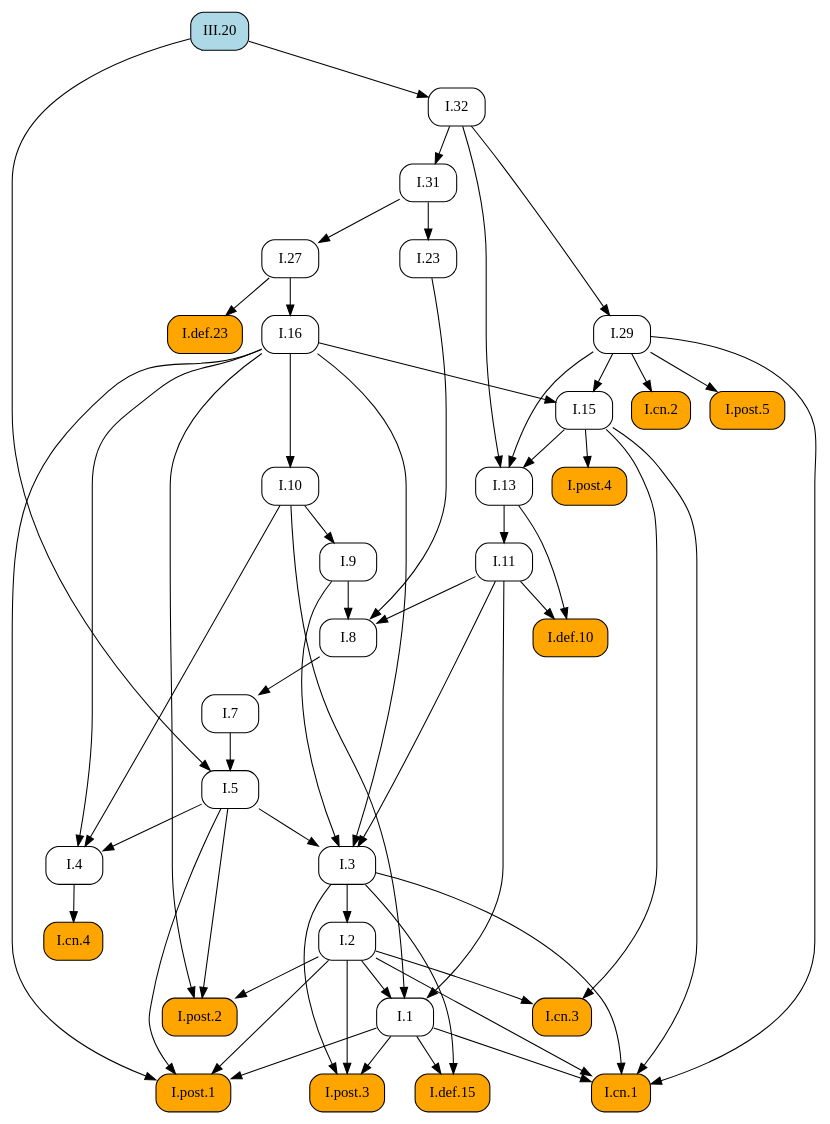
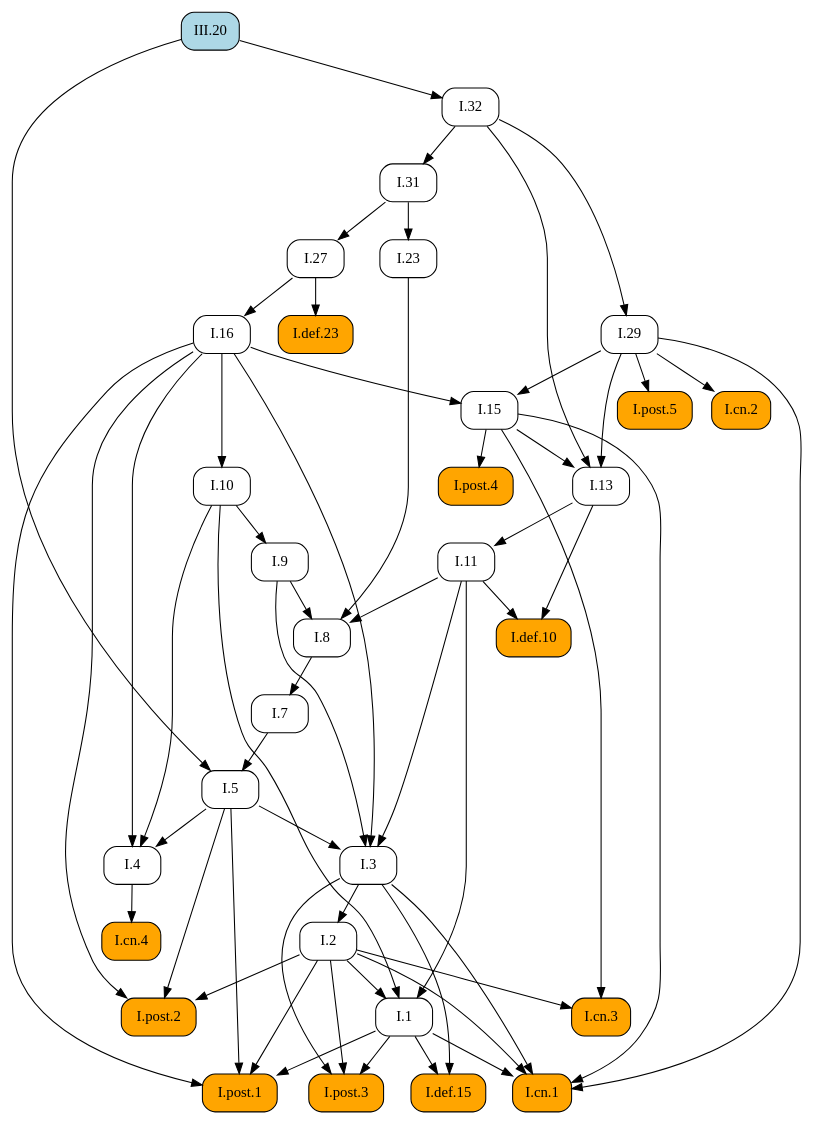
The diagram in docsrc/heath/III/20/index.rst (geometor/elements), drawn with Graphviz before and after one commit. The commit also changed other lines of this file and 1029 other files, not shown here.

```diff
--- a/docsrc/heath/III/20/index.rst
+++ b/docsrc/heath/III/20/index.rst
@@ -64,92 +64,92 @@
    digraph {
      rankdir="TB";
      node [shape=box, style=rounded];
+     "I.def.10" [style="rounded,filled", fillcolor=orange, URL="/heath/I/def.10/", target="_top"];
+     "I.11" [URL="/heath/I/11/", target="_top"];
+     "I.post.4" [style="rounded,filled", fillcolor=orange, URL="/heath/I/post.4/", target="_top"];
+     "I.1" [URL="/heath/I/1/", target="_top"];
+     "I.27" [URL="/heath/I/27/", target="_top"];
+     "I.7" [URL="/heath/I/7/", target="_top"];
+     "I.3" [URL="/heath/I/3/", target="_top"];
+     "I.2" [URL="/heath/I/2/", target="_top"];
+     "I.4" [URL="/heath/I/4/", target="_top"];
+     "I.def.23" [style="rounded,filled", fillcolor=orange, URL="/heath/I/def.23/", target="_top"];
+     "I.29" [URL="/heath/I/29/", target="_top"];
+     "III.20" [style="rounded,filled", fillcolor=lightblue, URL="/heath/III/20/", target="_top"];
      "I.13" [URL="/heath/I/13/", target="_top"];
+     "I.cn.2" [style="rounded,filled", fillcolor=orange, URL="/heath/I/cn.2/", target="_top"];
+     "I.post.2" [style="rounded,filled", fillcolor=orange, URL="/heath/I/post.2/", target="_top"];
+     "I.31" [URL="/heath/I/31/", target="_top"];
+     "I.16" [URL="/heath/I/16/", target="_top"];
+     "I.def.15" [style="rounded,filled", fillcolor=orange, URL="/heath/I/def.15/", target="_top"];
+     "I.9" [URL="/heath/I/9/", target="_top"];
+     "I.post.3" [style="rounded,filled", fillcolor=orange, URL="/heath/I/post.3/", target="_top"];
+     "I.cn.1" [style="rounded,filled", fillcolor=orange, URL="/heath/I/cn.1/", target="_top"];
      "I.cn.3" [style="rounded,filled", fillcolor=orange, URL="/heath/I/cn.3/", target="_top"];
-     "I.cn.2" [style="rounded,filled", fillcolor=orange, URL="/heath/I/cn.2/", target="_top"];
+     "I.32" [URL="/heath/I/32/", target="_top"];
+     "I.8" [URL="/heath/I/8/", target="_top"];
+     "I.cn.4" [style="rounded,filled", fillcolor=orange, URL="/heath/I/cn.4/", target="_top"];
+     "I.23" [URL="/heath/I/23/", target="_top"];
+     "I.15" [URL="/heath/I/15/", target="_top"];
+     "I.post.5" [style="rounded,filled", fillcolor=orange, URL="/heath/I/post.5/", target="_top"];
+     "I.post.1" [style="rounded,filled", fillcolor=orange, URL="/heath/I/post.1/", target="_top"];
+     "I.10" [URL="/heath/I/10/", target="_top"];
      "I.5" [URL="/heath/I/5/", target="_top"];
-     "I.11" [URL="/heath/I/11/", target="_top"];
-     "I.29" [URL="/heath/I/29/", target="_top"];
-     "I.7" [URL="/heath/I/7/", target="_top"];
-     "I.10" [URL="/heath/I/10/", target="_top"];
-     "I.4" [URL="/heath/I/4/", target="_top"];
-     "I.27" [URL="/heath/I/27/", target="_top"];
-     "I.def.23" [style="rounded,filled", fillcolor=orange, URL="/heath/I/def.23/", target="_top"];
-     "I.3" [URL="/heath/I/3/", target="_top"];
-     "I.16" [URL="/heath/I/16/", target="_top"];
-     "I.31" [URL="/heath/I/31/", target="_top"];
-     "I.8" [URL="/heath/I/8/", target="_top"];
-     "I.9" [URL="/heath/I/9/", target="_top"];
-     "I.def.10" [style="rounded,filled", fillcolor=orange, URL="/heath/I/def.10/", target="_top"];
-     "I.post.4" [style="rounded,filled", fillcolor=orange, URL="/heath/I/post.4/", target="_top"];
-     "I.post.2" [style="rounded,filled", fillcolor=orange, URL="/heath/I/post.2/", target="_top"];
-     "I.2" [URL="/heath/I/2/", target="_top"];
-     "III.20" [style="rounded,filled", fillcolor=lightblue, URL="/heath/III/20/", target="_top"];
-     "I.def.15" [style="rounded,filled", fillcolor=orange, URL="/heath/I/def.15/", target="_top"];
-     "I.1" [URL="/heath/I/1/", target="_top"];
-     "I.post.3" [style="rounded,filled", fillcolor=orange, URL="/heath/I/post.3/", target="_top"];
-     "I.post.1" [style="rounded,filled", fillcolor=orange, URL="/heath/I/post.1/", target="_top"];
-     "I.post.5" [style="rounded,filled", fillcolor=orange, URL="/heath/I/post.5/", target="_top"];
-     "I.cn.4" [style="rounded,filled", fillcolor=orange, URL="/heath/I/cn.4/", target="_top"];
-     "I.15" [URL="/heath/I/15/", target="_top"];
-     "I.cn.1" [style="rounded,filled", fillcolor=orange, URL="/heath/I/cn.1/", target="_top"];
-     "I.32" [URL="/heath/I/32/", target="_top"];
-     "I.23" [URL="/heath/I/23/", target="_top"];
-     "I.15" -> "I.13";
-     "I.29" -> "I.13";
-     "I.32" -> "I.13";
-     "I.2" -> "I.cn.3";
-     "I.15" -> "I.cn.3";
-     "I.29" -> "I.cn.2";
-     "I.7" -> "I.5";
-     "III.20" -> "I.5";
+     "I.11" -> "I.def.10";
+     "I.13" -> "I.def.10";
      "I.13" -> "I.11";
-     "I.32" -> "I.29";
+     "I.15" -> "I.post.4";
+     "I.2" -> "I.1";
+     "I.10" -> "I.1";
+     "I.11" -> "I.1";
+     "I.31" -> "I.27";
      "I.8" -> "I.7";
-     "I.16" -> "I.10";
-     "I.5" -> "I.4";
-     "I.10" -> "I.4";
-     "I.16" -> "I.4";
-     "I.31" -> "I.27";
-     "I.27" -> "I.def.23";
      "I.5" -> "I.3";
      "I.9" -> "I.3";
      "I.11" -> "I.3";
      "I.16" -> "I.3";
-     "I.27" -> "I.16";
-     "I.32" -> "I.31";
-     "I.9" -> "I.8";
-     "I.11" -> "I.8";
-     "I.23" -> "I.8";
-     "I.10" -> "I.9";
-     "I.11" -> "I.def.10";
-     "I.13" -> "I.def.10";
-     "I.15" -> "I.post.4";
+     "I.3" -> "I.2";
+     "I.5" -> "I.4";
+     "I.10" -> "I.4";
+     "I.16" -> "I.4";
+     "I.27" -> "I.def.23";
+     "I.32" -> "I.29";
+     "I.15" -> "I.13";
+     "I.29" -> "I.13";
+     "I.32" -> "I.13";
+     "I.29" -> "I.cn.2";
      "I.2" -> "I.post.2";
      "I.5" -> "I.post.2";
      "I.16" -> "I.post.2";
-     "I.3" -> "I.2";
+     "I.32" -> "I.31";
+     "I.27" -> "I.16";
      "I.1" -> "I.def.15";
      "I.3" -> "I.def.15";
-     "I.2" -> "I.1";
-     "I.10" -> "I.1";
-     "I.11" -> "I.1";
+     "I.10" -> "I.9";
      "I.1" -> "I.post.3";
      "I.2" -> "I.post.3";
      "I.3" -> "I.post.3";
-     "I.1" -> "I.post.1";
-     "I.2" -> "I.post.1";
-     "I.5" -> "I.post.1";
-     "I.16" -> "I.post.1";
-     "I.29" -> "I.post.5";
-     "I.4" -> "I.cn.4";
-     "I.16" -> "I.15";
-     "I.29" -> "I.15";
      "I.1" -> "I.cn.1";
      "I.2" -> "I.cn.1";
      "I.3" -> "I.cn.1";
      "I.15" -> "I.cn.1";
      "I.29" -> "I.cn.1";
+     "I.2" -> "I.cn.3";
+     "I.15" -> "I.cn.3";
      "III.20" -> "I.32";
+     "I.9" -> "I.8";
+     "I.11" -> "I.8";
+     "I.23" -> "I.8";
+     "I.4" -> "I.cn.4";
      "I.31" -> "I.23";
+     "I.16" -> "I.15";
+     "I.29" -> "I.15";
+     "I.29" -> "I.post.5";
+     "I.1" -> "I.post.1";
+     "I.2" -> "I.post.1";
+     "I.5" -> "I.post.1";
+     "I.16" -> "I.post.1";
+     "I.16" -> "I.10";
+     "I.7" -> "I.5";
+     "III.20" -> "I.5";
    }
```
